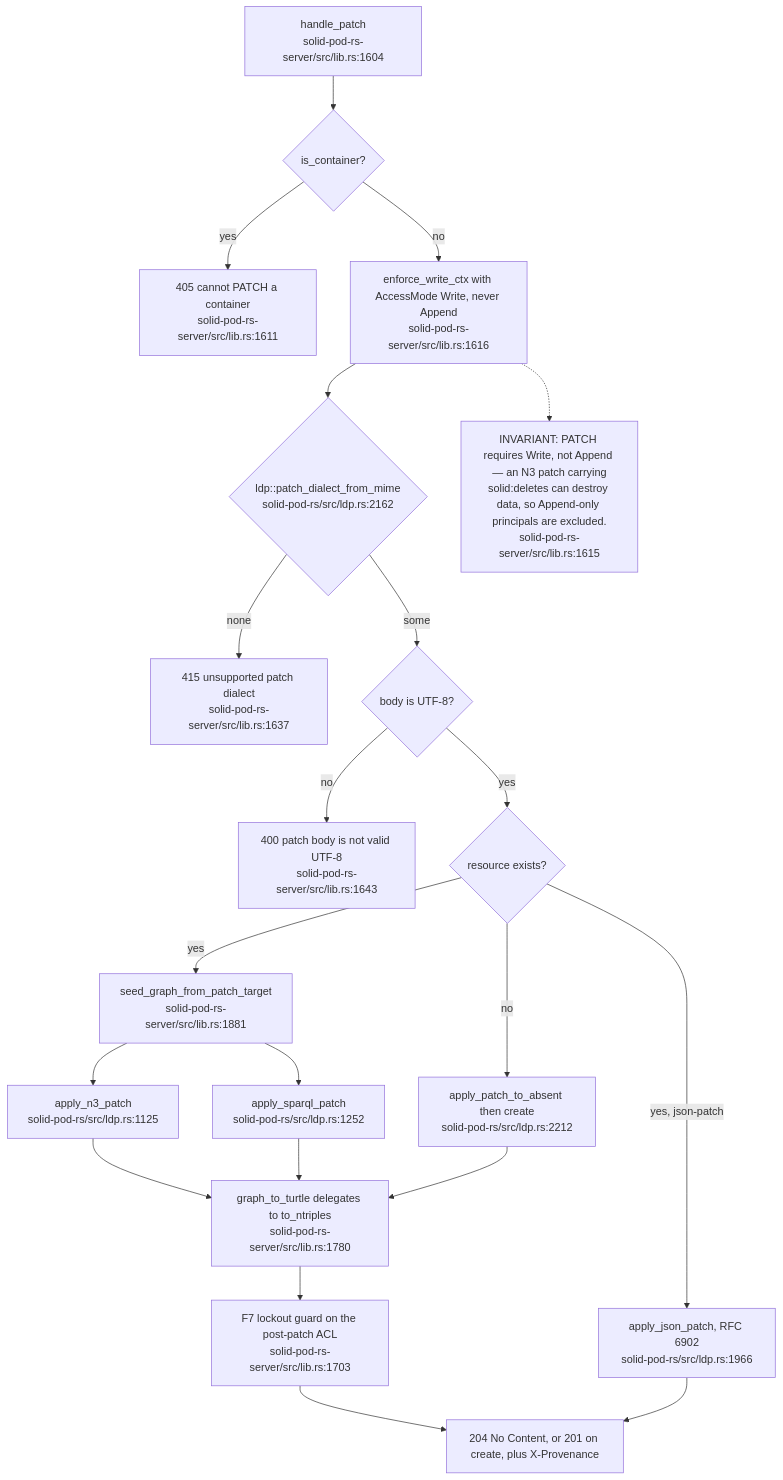
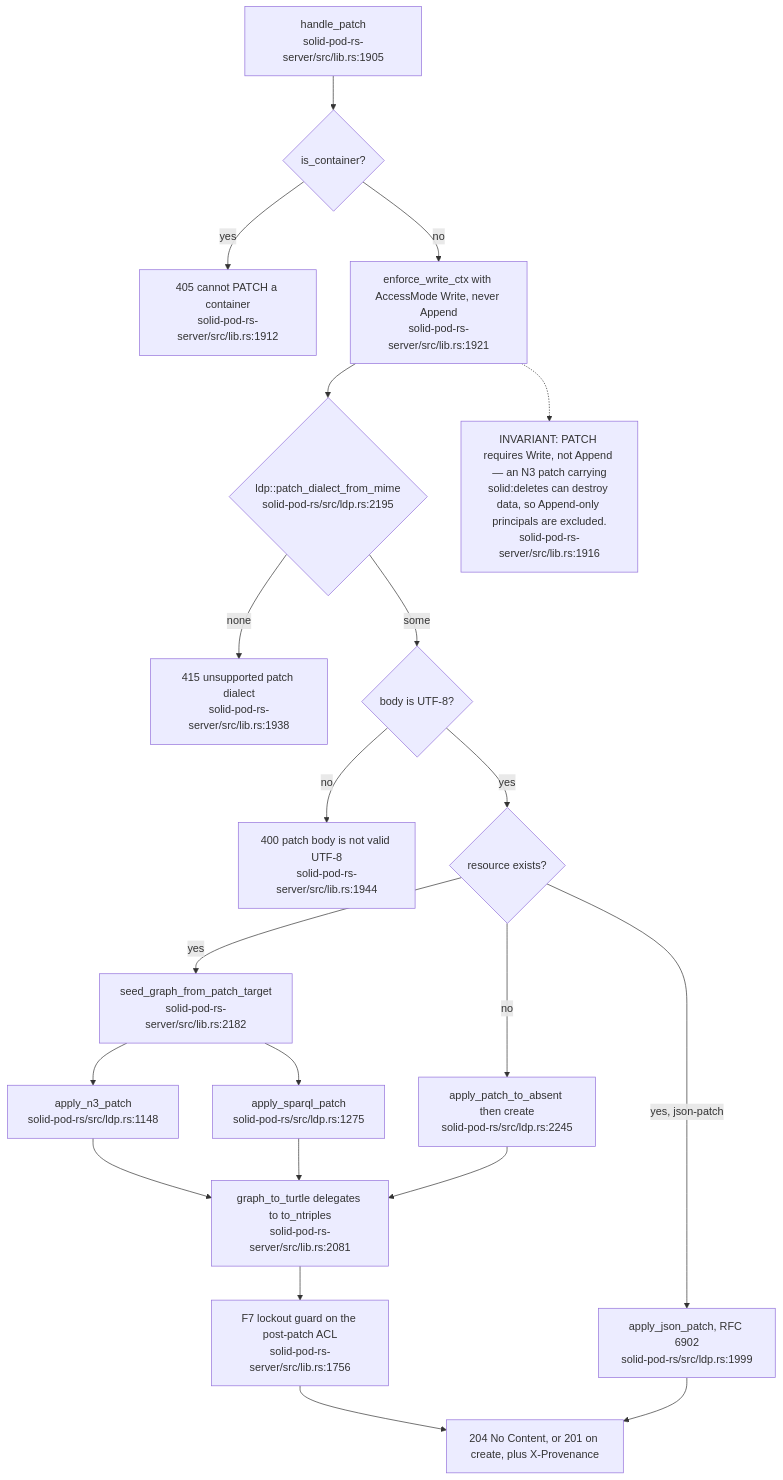
The fifth of 11 diagrams in docs/diagrams/solid-pod-rs/03-ldp-request-lifecycle.md (DreamLab-AI/VisionFlow), drawn with Mermaid before and after one commit. The commit also changed other lines of this file and 160 other files, not shown here.

````diff
--- a/docs/diagrams/solid-pod-rs/03-ldp-request-lifecycle.md
+++ b/docs/diagrams/solid-pod-rs/03-ldp-request-lifecycle.md
@@ -148,41 +153,41 @@
 ```mermaid
 flowchart TD
-    IN["handle_patch<br/>solid-pod-rs-server/src/lib.rs:1604"]
+    IN["handle_patch<br/>solid-pod-rs-server/src/lib.rs:1905"]
     CONT{"is_container?"}
-    C405["405 cannot PATCH a container<br/>solid-pod-rs-server/src/lib.rs:1611"]
-    AUTH["enforce_write_ctx with AccessMode Write, never Append<br/>solid-pod-rs-server/src/lib.rs:1616"]
-    DIAL{"ldp::patch_dialect_from_mime<br/>solid-pod-rs/src/ldp.rs:2162"}
-    U415["415 unsupported patch dialect<br/>solid-pod-rs-server/src/lib.rs:1637"]
+    C405["405 cannot PATCH a container<br/>solid-pod-rs-server/src/lib.rs:1912"]
+    AUTH["enforce_write_ctx with AccessMode Write, never Append<br/>solid-pod-rs-server/src/lib.rs:1921"]
+    DIAL{"ldp::patch_dialect_from_mime<br/>solid-pod-rs/src/ldp.rs:2195"}
+    U415["415 unsupported patch dialect<br/>solid-pod-rs-server/src/lib.rs:1938"]
     UTF{"body is UTF-8?"}
-    B400["400 patch body is not valid UTF-8<br/>solid-pod-rs-server/src/lib.rs:1643"]
+    B400["400 patch body is not valid UTF-8<br/>solid-pod-rs-server/src/lib.rs:1944"]
     EX{"resource exists?"}
-    SEED["seed_graph_from_patch_target<br/>solid-pod-rs-server/src/lib.rs:1881"]
-    N3["apply_n3_patch<br/>solid-pod-rs/src/ldp.rs:1125"]
-    SPQ["apply_sparql_patch<br/>solid-pod-rs/src/ldp.rs:1252"]
-    JP["apply_json_patch, RFC 6902<br/>solid-pod-rs/src/ldp.rs:1966"]
-    ABS["apply_patch_to_absent then create<br/>solid-pod-rs/src/ldp.rs:2212"]
-    SER["graph_to_turtle delegates to to_ntriples<br/>solid-pod-rs-server/src/lib.rs:1780"]
-    GUARD["F7 lockout guard on the post-patch ACL<br/>solid-pod-rs-server/src/lib.rs:1703"]
+    SEED["seed_graph_from_patch_target<br/>solid-pod-rs-server/src/lib.rs:2182"]
+    N3["apply_n3_patch<br/>solid-pod-rs/src/ldp.rs:1148"]
+    SPQ["apply_sparql_patch<br/>solid-pod-rs/src/ldp.rs:1275"]
+    JP["apply_json_patch, RFC 6902<br/>solid-pod-rs/src/ldp.rs:1999"]
+    ABS["apply_patch_to_absent then create<br/>solid-pod-rs/src/ldp.rs:2245"]
+    SER["graph_to_turtle delegates to to_ntriples<br/>solid-pod-rs-server/src/lib.rs:2081"]
+    GUARD["F7 lockout guard on the post-patch ACL<br/>solid-pod-rs-server/src/lib.rs:1756"]
     OUT["204 No Content, or 201 on create, plus X-Provenance"]
 
     IN --> CONT
     CONT -- yes --> C405
     CONT -- no --> AUTH --> DIAL
     DIAL -- none --> U415
     DIAL -- some --> UTF
     UTF -- no --> B400
     UTF -- yes --> EX
     EX -- yes --> SEED
     SEED --> N3
     SEED --> SPQ
     EX -- "yes, json-patch" --> JP
     EX -- no --> ABS
     N3 --> SER
     SPQ --> SER
     ABS --> SER
     SER --> GUARD --> OUT
     JP --> OUT
 
-    NN["INVARIANT: PATCH requires Write, not Append — an N3 patch carrying<br/>solid:deletes can destroy data, so Append-only principals are excluded.<br/>solid-pod-rs-server/src/lib.rs:1615"]
+    NN["INVARIANT: PATCH requires Write, not Append — an N3 patch carrying<br/>solid:deletes can destroy data, so Append-only principals are excluded.<br/>solid-pod-rs-server/src/lib.rs:1916"]
     AUTH -.-> NN
 ```
````
